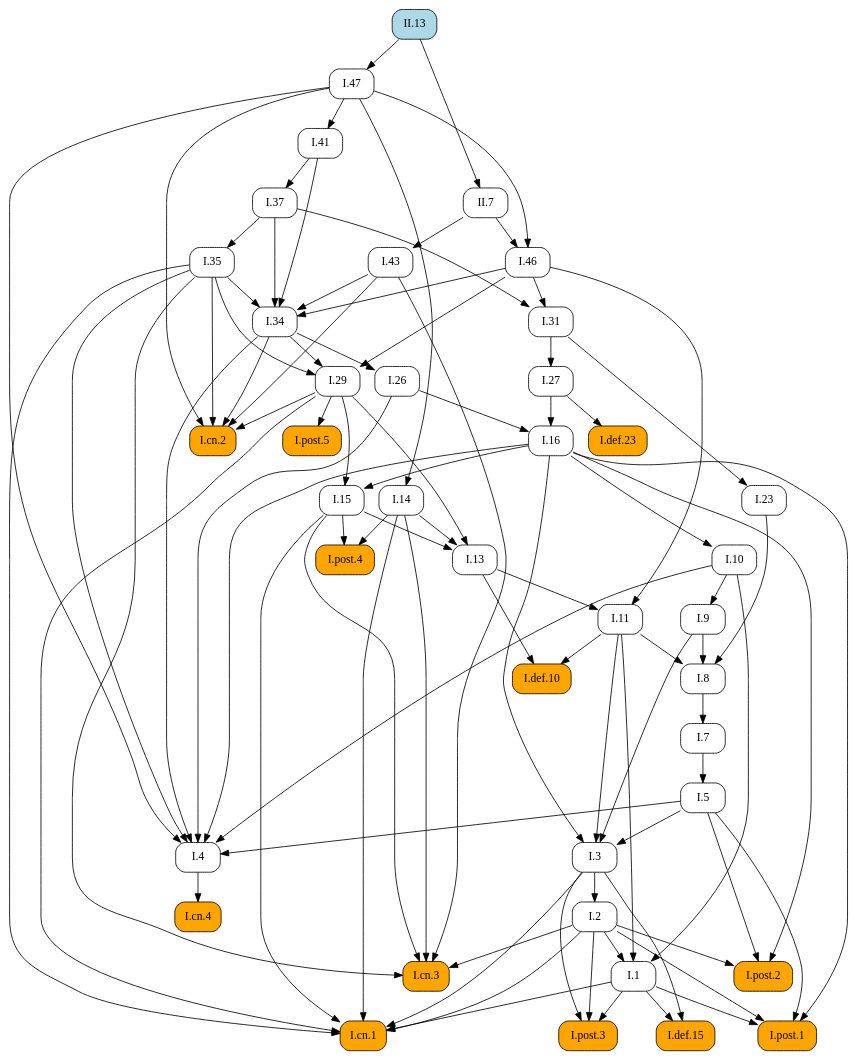
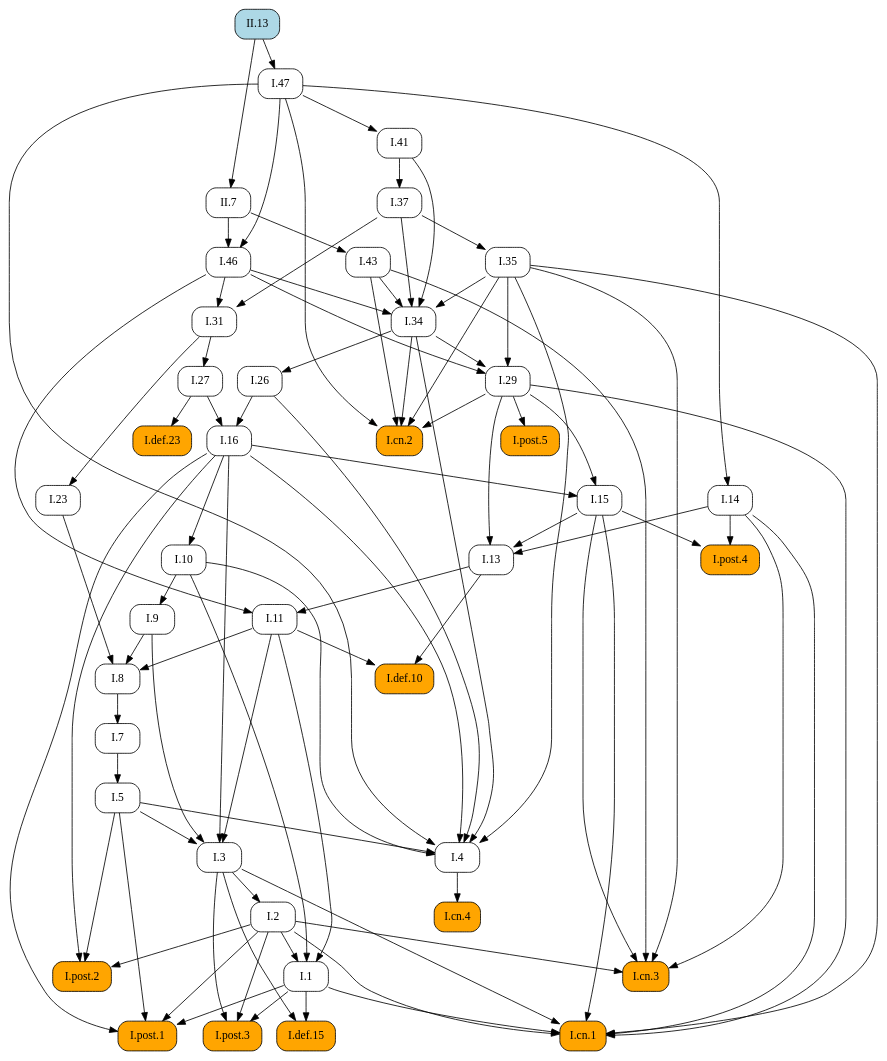
The diagram in docsrc/elements2/II/13/index.rst (geometor/elements), drawn with Graphviz before and after one commit. The commit also changed other lines of this file and 409 other files, not shown here.

First line of the commit message:
feat: Add image cropping and graphic extraction script

```diff
--- a/docsrc/elements2/II/13/index.rst
+++ b/docsrc/elements2/II/13/index.rst
@@ -46,94 +46,64 @@
    digraph {
      rankdir="TB";
      node [shape=box, style=rounded];
+     "I.37" [URL="/elements2/I/37/", target="_top"];
+     "I.43" [URL="/elements2/I/43/", target="_top"];
+     "I.31" [URL="/elements2/I/31/", target="_top"];
+     "I.cn.2" [style="rounded,filled", fillcolor=orange, URL="/elements2/I/cn.2/", target="_top"];
+     "I.41" [URL="/elements2/I/41/", target="_top"];
      "I.8" [URL="/elements2/I/8/", target="_top"];
+     "I.15" [URL="/elements2/I/15/", target="_top"];
+     "I.47" [URL="/elements2/I/47/", target="_top"];
+     "I.5" [URL="/elements2/I/5/", target="_top"];
+     "I.26" [URL="/elements2/I/26/", target="_top"];
+     "I.cn.1" [style="rounded,filled", fillcolor=orange, URL="/elements2/I/cn.1/", target="_top"];
+     "I.7" [URL="/elements2/I/7/", target="_top"];
+     "I.23" [URL="/elements2/I/23/", target="_top"];
+     "I.16" [URL="/elements2/I/16/", target="_top"];
+     "I.35" [URL="/elements2/I/35/", target="_top"];
+     "I.34" [URL="/elements2/I/34/", target="_top"];
+     "I.def.15" [style="rounded,filled", fillcolor=orange, URL="/elements2/I/def.15/", target="_top"];
      "I.46" [URL="/elements2/I/46/", target="_top"];
-     "I.47" [URL="/elements2/I/47/", target="_top"];
+     "I.def.10" [style="rounded,filled", fillcolor=orange, URL="/elements2/I/def.10/", target="_top"];
+     "I.11" [URL="/elements2/I/11/", target="_top"];
+     "I.def.23" [style="rounded,filled", fillcolor=orange, URL="/elements2/I/def.23/", target="_top"];
+     "I.post.5" [style="rounded,filled", fillcolor=orange, URL="/elements2/I/post.5/", target="_top"];
+     "I.3" [URL="/elements2/I/3/", target="_top"];
      "I.14" [URL="/elements2/I/14/", target="_top"];
+     "I.10" [URL="/elements2/I/10/", target="_top"];
+     "II.13" [style="rounded,filled", fillcolor=lightblue, URL="/elements2/II/13/", target="_top"];
+     "I.cn.3" [style="rounded,filled", fillcolor=orange, URL="/elements2/I/cn.3/", target="_top"];
+     "I.13" [URL="/elements2/I/13/", target="_top"];
+     "I.4" [URL="/elements2/I/4/", target="_top"];
+     "I.post.3" [style="rounded,filled", fillcolor=orange, URL="/elements2/I/post.3/", target="_top"];
+     "II.7" [URL="/elements2/II/7/", target="_top"];
+     "I.29" [URL="/elements2/I/29/", target="_top"];
+     "I.9" [URL="/elements2/I/9/", target="_top"];
      "I.post.1" [style="rounded,filled", fillcolor=orange, URL="/elements2/I/post.1/", target="_top"];
-     "I.5" [URL="/elements2/I/5/", target="_top"];
-     "I.post.5" [style="rounded,filled", fillcolor=orange, URL="/elements2/I/post.5/", target="_top"];
-     "I.def.10" [style="rounded,filled", fillcolor=orange, URL="/elements2/I/def.10/", target="_top"];
-     "I.cn.2" [style="rounded,filled", fillcolor=orange, URL="/elements2/I/cn.2/", target="_top"];
-     "I.def.15" [style="rounded,filled", fillcolor=orange, URL="/elements2/I/def.15/", target="_top"];
-     "I.31" [URL="/elements2/I/31/", target="_top"];
-     "I.11" [URL="/elements2/I/11/", target="_top"];
-     "I.43" [URL="/elements2/I/43/", target="_top"];
-     "I.3" [URL="/elements2/I/3/", target="_top"];
-     "I.def.23" [style="rounded,filled", fillcolor=orange, URL="/elements2/I/def.23/", target="_top"];
+     "I.2" [URL="/elements2/I/2/", target="_top"];
+     "I.27" [URL="/elements2/I/27/", target="_top"];
+     "I.cn.4" [style="rounded,filled", fillcolor=orange, URL="/elements2/I/cn.4/", target="_top"];
+     "I.post.4" [style="rounded,filled", fillcolor=orange, URL="/elements2/I/post.4/", target="_top"];
+     "I.1" [URL="/elements2/I/1/", target="_top"];
      "I.post.2" [style="rounded,filled", fillcolor=orange, URL="/elements2/I/post.2/", target="_top"];
-     "I.26" [URL="/elements2/I/26/", target="_top"];
-     "I.cn.3" [style="rounded,filled", fillcolor=orange, URL="/elements2/I/cn.3/", target="_top"];
-     "I.cn.4" [style="rounded,filled", fillcolor=orange, URL="/elements2/I/cn.4/", target="_top"];
-     "I.1" [URL="/elements2/I/1/", target="_top"];
-     "II.7" [URL="/elements2/II/7/", target="_top"];
-     "I.7" [URL="/elements2/I/7/", target="_top"];
-     "I.9" [URL="/elements2/I/9/", target="_top"];
-     "II.13" [style="rounded,filled", fillcolor=lightblue, URL="/elements2/II/13/", target="_top"];
-     "I.cn.1" [style="rounded,filled", fillcolor=orange, URL="/elements2/I/cn.1/", target="_top"];
-     "I.29" [URL="/elements2/I/29/", target="_top"];
-     "I.post.4" [style="rounded,filled", fillcolor=orange, URL="/elements2/I/post.4/", target="_top"];
-     "I.16" [URL="/elements2/I/16/", target="_top"];
-     "I.13" [URL="/elements2/I/13/", target="_top"];
-     "I.41" [URL="/elements2/I/41/", target="_top"];
-     "I.35" [URL="/elements2/I/35/", target="_top"];
-     "I.2" [URL="/elements2/I/2/", target="_top"];
-     "I.37" [URL="/elements2/I/37/", target="_top"];
-     "I.27" [URL="/elements2/I/27/", target="_top"];
-     "I.4" [URL="/elements2/I/4/", target="_top"];
-     "I.10" [URL="/elements2/I/10/", target="_top"];
-     "I.15" [URL="/elements2/I/15/", target="_top"];
-     "I.34" [URL="/elements2/I/34/", target="_top"];
-     "I.23" [URL="/elements2/I/23/", target="_top"];
-     "I.post.3" [style="rounded,filled", fillcolor=orange, URL="/elements2/I/post.3/", target="_top"];
-     "I.9" -> "I.8";
-     "I.11" -> "I.8";
-     "I.23" -> "I.8";
-     "I.47" -> "I.46";
-     "II.7" -> "I.46";
-     "II.13" -> "I.47";
-     "I.47" -> "I.14";
-     "I.1" -> "I.post.1";
-     "I.2" -> "I.post.1";
-     "I.5" -> "I.post.1";
-     "I.16" -> "I.post.1";
-     "I.7" -> "I.5";
-     "I.29" -> "I.post.5";
-     "I.11" -> "I.def.10";
-     "I.13" -> "I.def.10";
+     "I.41" -> "I.37";
+     "II.7" -> "I.43";
+     "I.37" -> "I.31";
+     "I.46" -> "I.31";
      "I.29" -> "I.cn.2";
      "I.34" -> "I.cn.2";
      "I.35" -> "I.cn.2";
      "I.43" -> "I.cn.2";
      "I.47" -> "I.cn.2";
-     "I.1" -> "I.def.15";
-     "I.3" -> "I.def.15";
-     "I.37" -> "I.31";
-     "I.46" -> "I.31";
-     "I.13" -> "I.11";
-     "I.46" -> "I.11";
-     "II.7" -> "I.43";
-     "I.5" -> "I.3";
-     "I.9" -> "I.3";
-     "I.11" -> "I.3";
-     "I.16" -> "I.3";
-     "I.27" -> "I.def.23";
-     "I.2" -> "I.post.2";
-     "I.5" -> "I.post.2";
-     "I.16" -> "I.post.2";
+     "I.47" -> "I.41";
+     "I.9" -> "I.8";
+     "I.11" -> "I.8";
+     "I.23" -> "I.8";
+     "I.16" -> "I.15";
+     "I.29" -> "I.15";
+     "II.13" -> "I.47";
+     "I.7" -> "I.5";
      "I.34" -> "I.26";
-     "I.2" -> "I.cn.3";
-     "I.14" -> "I.cn.3";
-     "I.15" -> "I.cn.3";
-     "I.35" -> "I.cn.3";
-     "I.43" -> "I.cn.3";
-     "I.4" -> "I.cn.4";
-     "I.2" -> "I.1";
-     "I.10" -> "I.1";
-     "I.11" -> "I.1";
-     "II.13" -> "II.7";
-     "I.8" -> "I.7";
-     "I.10" -> "I.9";
      "I.1" -> "I.cn.1";
      "I.2" -> "I.cn.1";
      "I.3" -> "I.cn.1";
@@ -141,21 +111,40 @@
      "I.15" -> "I.cn.1";
      "I.29" -> "I.cn.1";
      "I.35" -> "I.cn.1";
-     "I.34" -> "I.29";
-     "I.35" -> "I.29";
-     "I.46" -> "I.29";
-     "I.14" -> "I.post.4";
-     "I.15" -> "I.post.4";
+     "I.8" -> "I.7";
+     "I.31" -> "I.23";
      "I.26" -> "I.16";
      "I.27" -> "I.16";
+     "I.37" -> "I.35";
+     "I.35" -> "I.34";
+     "I.37" -> "I.34";
+     "I.41" -> "I.34";
+     "I.43" -> "I.34";
+     "I.46" -> "I.34";
+     "I.1" -> "I.def.15";
+     "I.3" -> "I.def.15";
+     "I.47" -> "I.46";
+     "II.7" -> "I.46";
+     "I.11" -> "I.def.10";
+     "I.13" -> "I.def.10";
+     "I.13" -> "I.11";
+     "I.46" -> "I.11";
+     "I.27" -> "I.def.23";
+     "I.29" -> "I.post.5";
+     "I.5" -> "I.3";
+     "I.9" -> "I.3";
+     "I.11" -> "I.3";
+     "I.16" -> "I.3";
+     "I.47" -> "I.14";
+     "I.16" -> "I.10";
+     "I.2" -> "I.cn.3";
+     "I.14" -> "I.cn.3";
+     "I.15" -> "I.cn.3";
+     "I.35" -> "I.cn.3";
+     "I.43" -> "I.cn.3";
      "I.14" -> "I.13";
      "I.15" -> "I.13";
      "I.29" -> "I.13";
-     "I.47" -> "I.41";
-     "I.37" -> "I.35";
-     "I.3" -> "I.2";
-     "I.41" -> "I.37";
-     "I.31" -> "I.27";
      "I.5" -> "I.4";
      "I.10" -> "I.4";
      "I.16" -> "I.4";
@@ -163,16 +152,27 @@
      "I.34" -> "I.4";
      "I.35" -> "I.4";
      "I.47" -> "I.4";
-     "I.16" -> "I.10";
-     "I.16" -> "I.15";
-     "I.29" -> "I.15";
-     "I.35" -> "I.34";
-     "I.37" -> "I.34";
-     "I.41" -> "I.34";
-     "I.43" -> "I.34";
-     "I.46" -> "I.34";
-     "I.31" -> "I.23";
      "I.1" -> "I.post.3";
      "I.2" -> "I.post.3";
      "I.3" -> "I.post.3";
+     "II.13" -> "II.7";
+     "I.34" -> "I.29";
+     "I.35" -> "I.29";
+     "I.46" -> "I.29";
+     "I.10" -> "I.9";
+     "I.1" -> "I.post.1";
+     "I.2" -> "I.post.1";
+     "I.5" -> "I.post.1";
+     "I.16" -> "I.post.1";
+     "I.3" -> "I.2";
+     "I.31" -> "I.27";
+     "I.4" -> "I.cn.4";
+     "I.14" -> "I.post.4";
+     "I.15" -> "I.post.4";
+     "I.2" -> "I.1";
+     "I.10" -> "I.1";
+     "I.11" -> "I.1";
+     "I.2" -> "I.post.2";
+     "I.5" -> "I.post.2";
+     "I.16" -> "I.post.2";
    }
```
